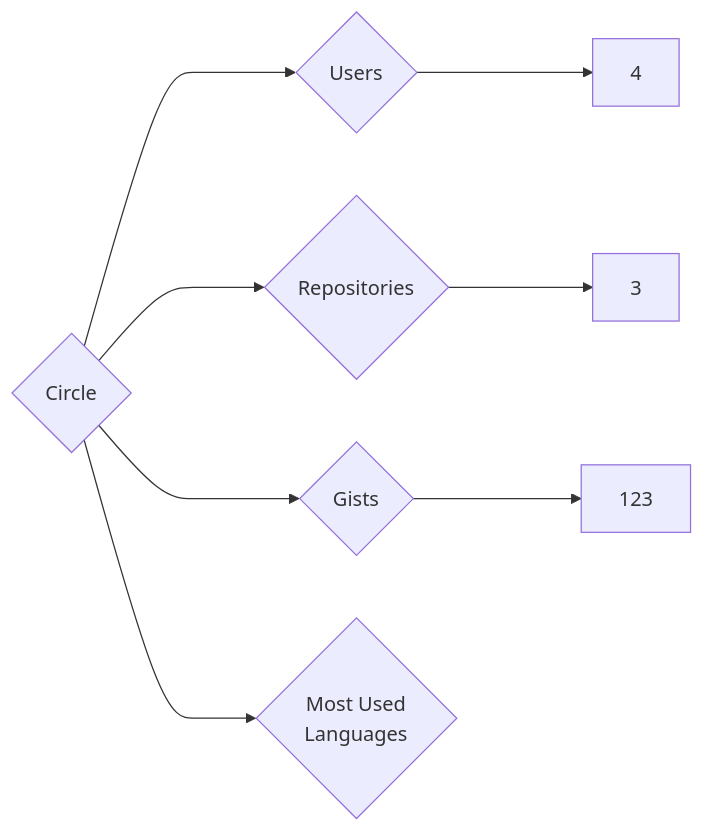
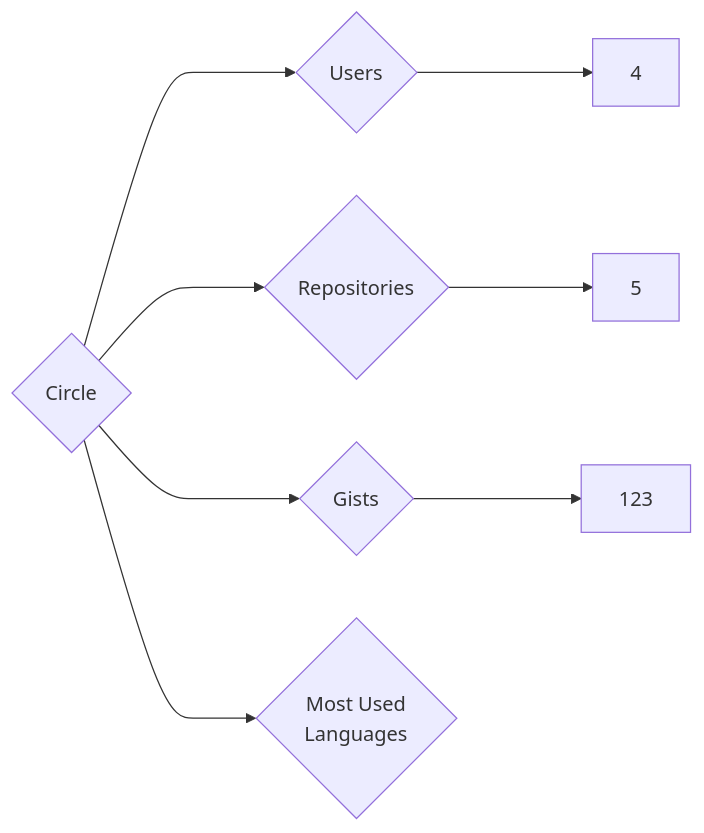
One commit to trickest/insiders changed the diagram in targets/Circle/README.md. Above: the diagram before and after it, drawn with Mermaid. The commit also changed 873 other files, not shown here.

````diff
--- a/targets/Circle/README.md
+++ b/targets/Circle/README.md
@@ -3,8 +3,8 @@
 ```mermaid
 graph LR
 COMPANY_NAME{Circle}
 COMPANY_NAME ---> U{Users} ---> UN[4]
-COMPANY_NAME ---> R{Repositories} ---> RN[3]
+COMPANY_NAME ---> R{Repositories} ---> RN[5]
 COMPANY_NAME ---> G{Gists} ---> GN[123]
 COMPANY_NAME ---> ML{Most Used<br>Languages}
 ```
````
